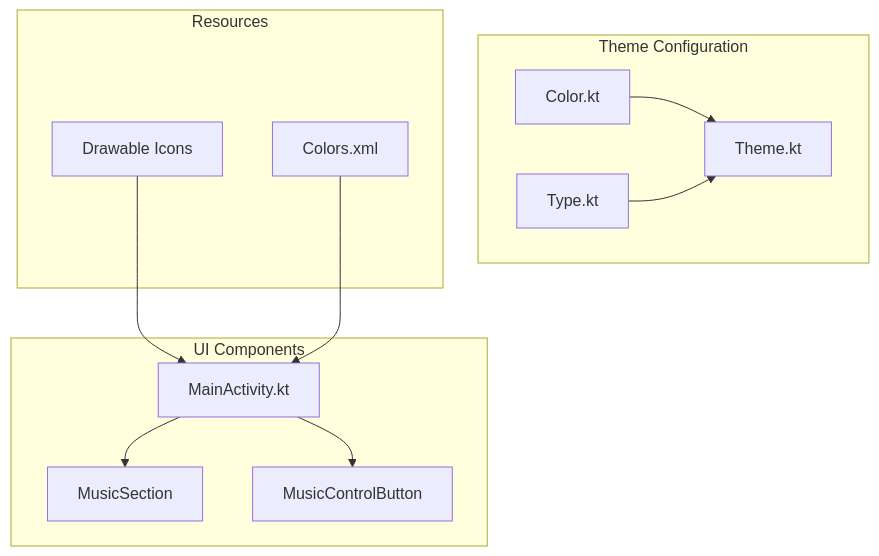
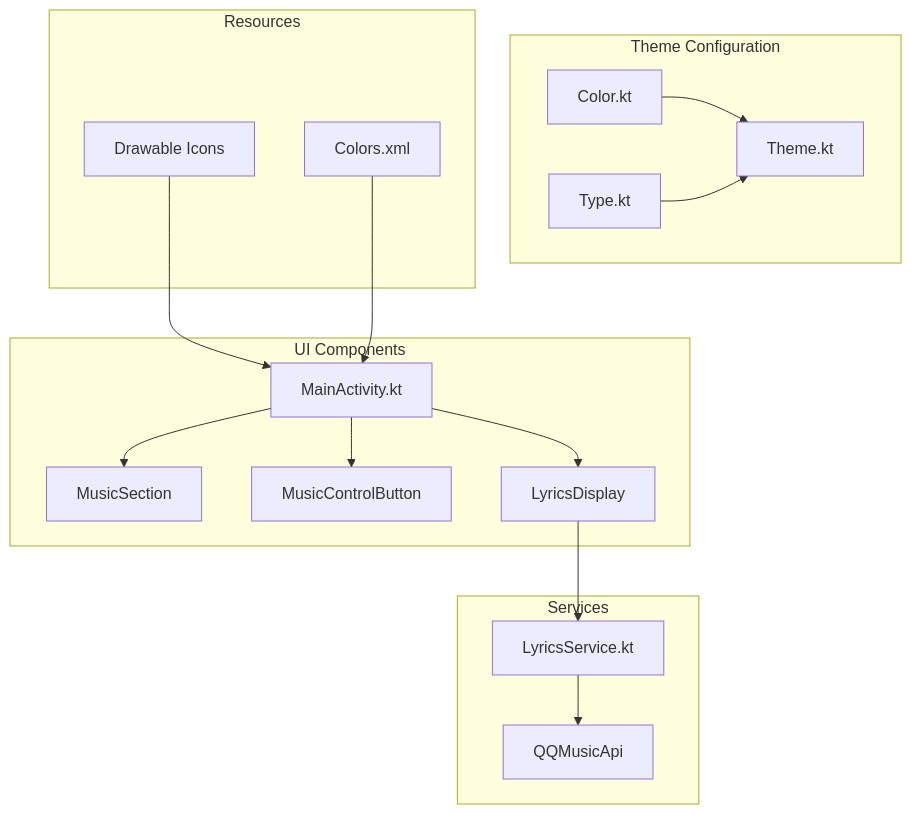
One commit to lantongxue/MyCarLauncher changed the first of 8 diagrams in .qoder/repowiki/zh/content/核心功能/音乐控制/音乐控制UI组件.md. Above: the diagram before and after it, drawn with Mermaid. The commit also changed other lines of this file and 3 other files, not shown here.

````diff
--- a/.qoder/repowiki/zh/content/核心功能/音乐控制/音乐控制UI组件.md
+++ b/.qoder/repowiki/zh/content/核心功能/音乐控制/音乐控制UI组件.md
@@ -32,23 +41,31 @@
 ```mermaid
 graph TB
 subgraph "UI Components"
 A[MainActivity.kt]
 B[MusicSection]
 C[MusicControlButton]
+D[LyricsDisplay]
 end
 subgraph "Theme Configuration"
-D[Color.kt]
-E[Type.kt]
-F[Theme.kt]
+E[Color.kt]
+F[Type.kt]
+G[Theme.kt]
 end
 subgraph "Resources"
-G[Drawable Icons]
-H[Colors.xml]
+H[Drawable Icons]
+I[Colors.xml]
+end
+subgraph "Services"
+J[LyricsService.kt]
+K[QQMusicApi]
 end
 A --> B
 A --> C
-D --> F
-E --> F
-G --> A
+A --> D
+D --> J
+J --> K
+E --> G
+F --> G
 H --> A
+I --> A
 ```
````
